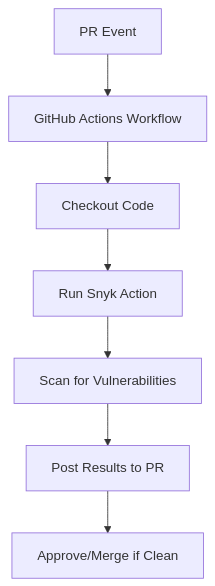
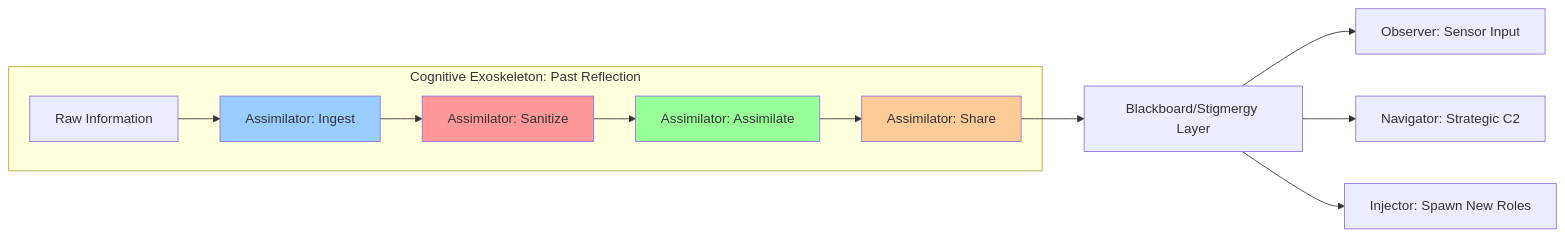
The second of 3 diagrams in hfo_research_doc/assimilator_research.md (TTaoGaming/Hive-Fleet-Obsidian-2025), drawn with Mermaid before and after one commit. The commit also changed other lines of this file, not shown here.

Commit message:
Enhance assimilator research with SOTA 2025 approaches and implementation guide

````diff
--- a/hfo_research_doc/assimilator_research.md
+++ b/hfo_research_doc/assimilator_research.md
@@ -87,9 +63,19 @@
 ```mermaid
-graph TD
-    A[PR Event] --> B[GitHub Actions Workflow]
-    B --> C[Checkout Code]
-    C --> D[Run Snyk Action]
-    D --> E[Scan for Vulnerabilities]
-    E --> F[Post Results to PR]
-    F --> G[Approve/Merge if Clean]
+graph LR
+    subgraph "Cognitive Exoskeleton: Past Reflection"
+        A[Raw Information] --> B[Assimilator: Ingest]
+        B --> C[Assimilator: Sanitize]
+        C --> D[Assimilator: Assimilate]
+        D --> E[Assimilator: Share]
+    end
+    
+    E --> F[Blackboard/Stigmergy Layer]
+    F --> G[Observer: Sensor Input]
+    F --> H[Navigator: Strategic C2]
+    F --> I[Injector: Spawn New Roles]
+    
+    style B fill:#99ccff
+    style C fill:#ff9999
+    style D fill:#99ff99
+    style E fill:#ffcc99
 ```
````
